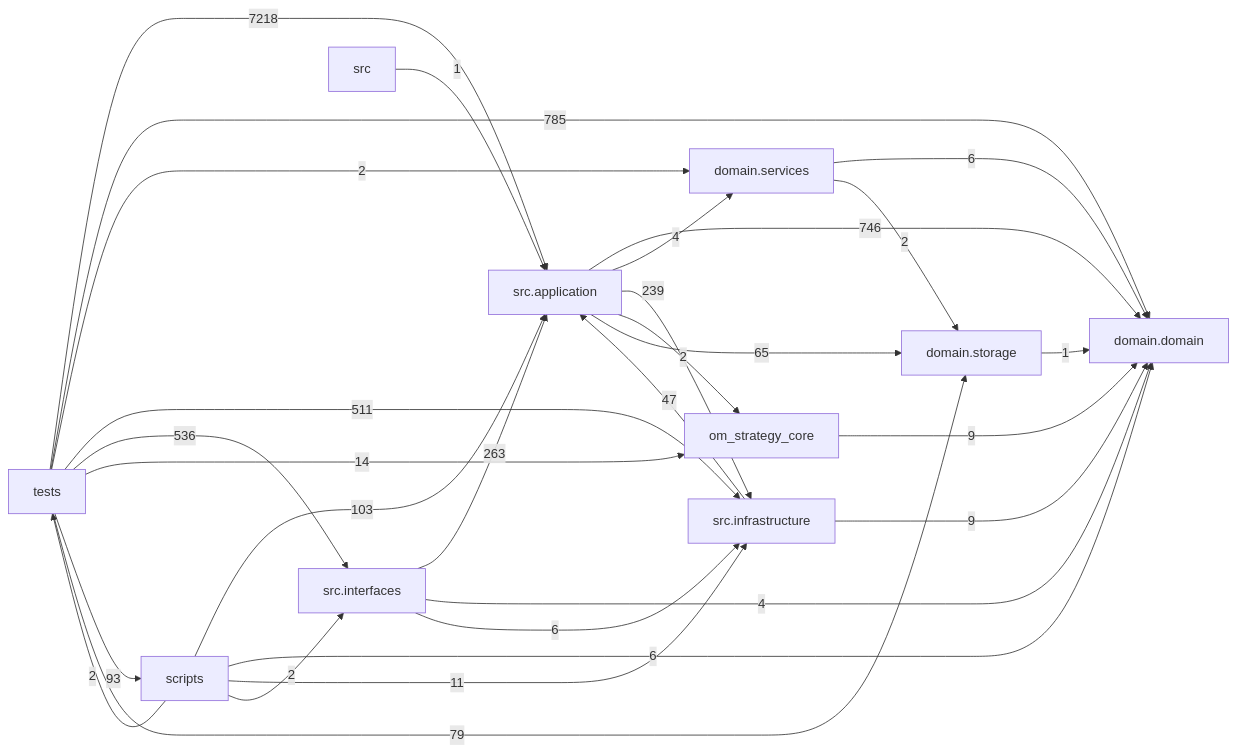
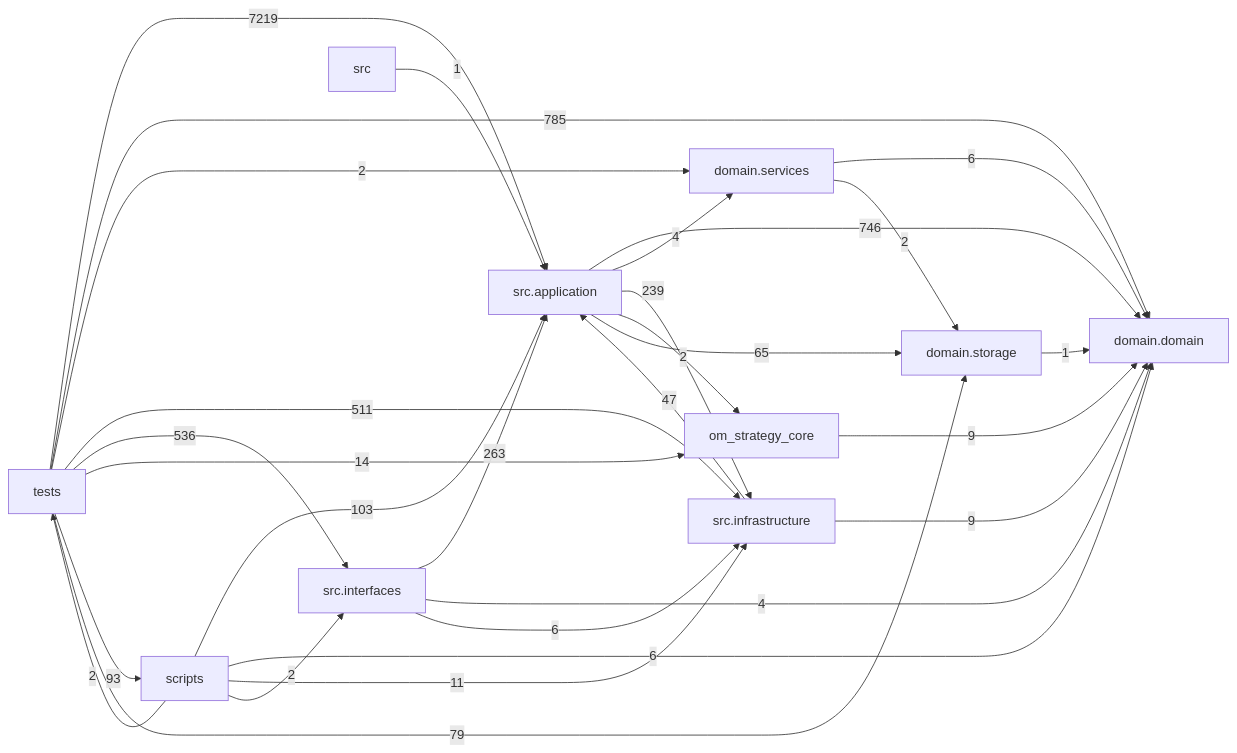
One commit to liuxie066/options-monitor changed the diagram in docs/DEPENDENCY_GRAPH.md. Above: the diagram before and after it, drawn with Mermaid. The commit also changed other lines of this file and 14 other files, not shown here.

````diff
--- a/docs/DEPENDENCY_GRAPH.md
+++ b/docs/DEPENDENCY_GRAPH.md
@@ -24,39 +24,39 @@
 ```mermaid
 flowchart LR
   tests["tests"]
   scripts["scripts"]
   interfaces["src.interfaces"]
   application["src.application"]
   infrastructure["src.infrastructure"]
   domain_services["domain.services"]
   domain["domain.domain"]
   storage["domain.storage"]
   application -->|746| domain
   application -->|4| domain_services
   application -->|239| infrastructure
   application -->|2| om_strategy_core
   application -->|65| storage
   domain_services -->|6| domain
   domain_services -->|2| storage
   infrastructure -->|47| application
   infrastructure -->|9| domain
   interfaces -->|263| application
   interfaces -->|4| domain
   interfaces -->|6| infrastructure
   om_strategy_core -->|9| domain
   scripts -->|103| application
   scripts -->|6| domain
   scripts -->|11| infrastructure
   scripts -->|2| interfaces
   scripts -->|2| tests
   src -->|1| application
   storage -->|1| domain
-  tests -->|7218| application
+  tests -->|7219| application
   tests -->|785| domain
   tests -->|2| domain_services
   tests -->|511| infrastructure
   tests -->|536| interfaces
   tests -->|14| om_strategy_core
   tests -->|93| scripts
   tests -->|79| storage
 ```
````
